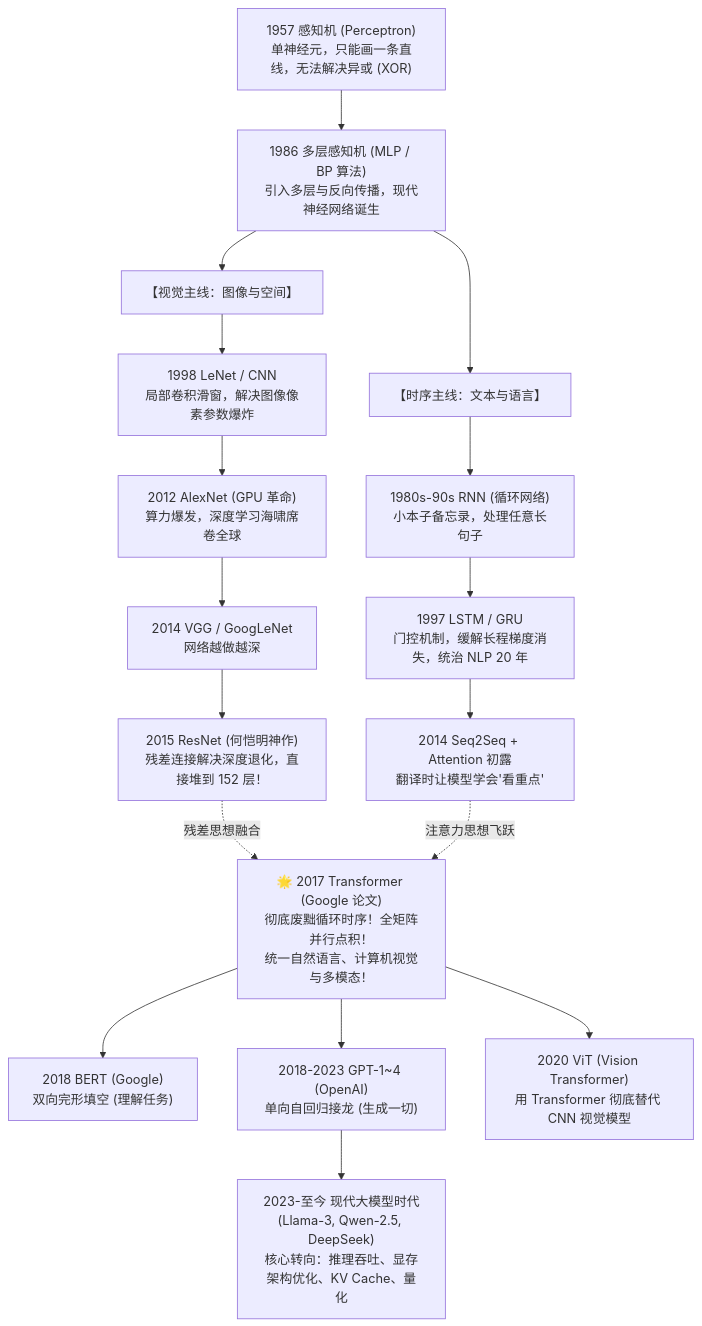
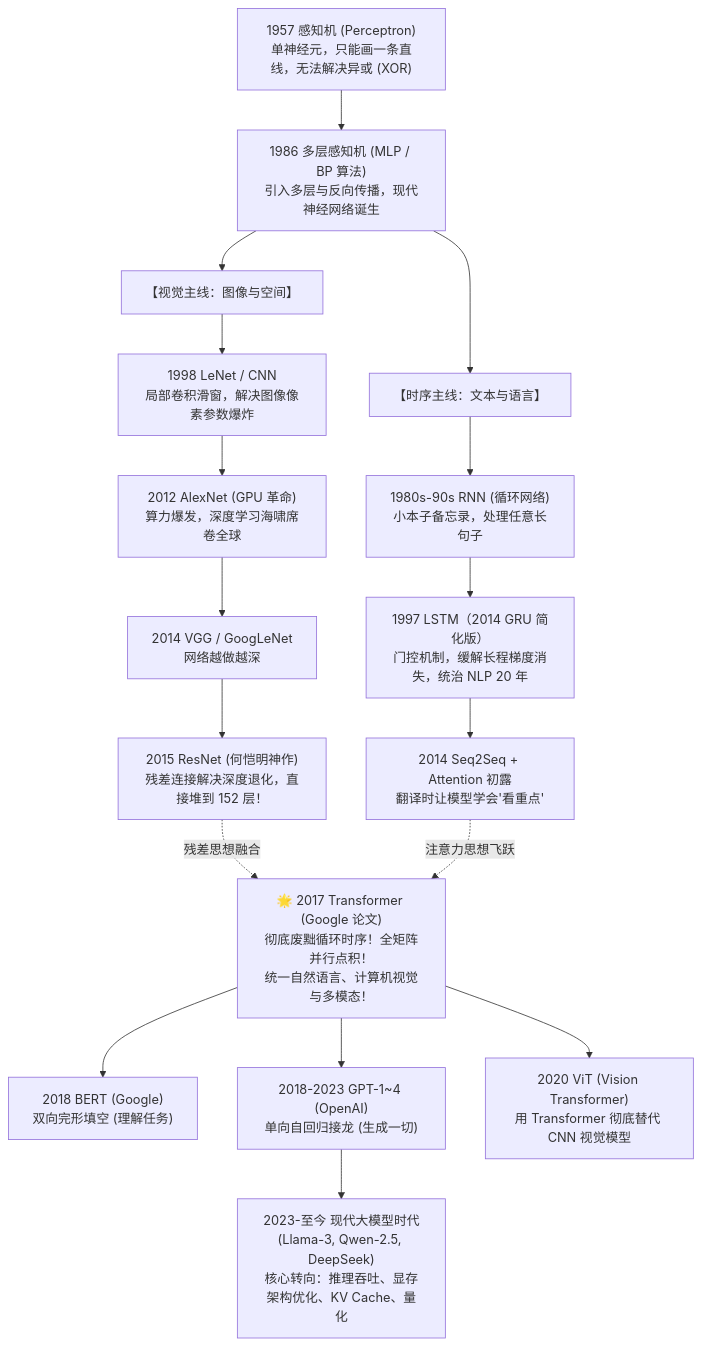
Before and after one commit to AICCer1/llm-inference: the diagram in zero_to_hero_tutorial/00_AI演化全景族谱与零基础入门指南.md, drawn with Mermaid. The commit also changed other lines of this file and 68 other files, not shown here.

````diff
--- a/zero_to_hero_tutorial/00_AI演化全景族谱与零基础入门指南.md
+++ b/zero_to_hero_tutorial/00_AI演化全景族谱与零基础入门指南.md
@@ -11,27 +11,27 @@
 ```mermaid
 flowchart TD
     P["1957 感知机 (Perceptron)<br/>单神经元，只能画一条直线，无法解决异或 (XOR)"] --> MLP["1986 多层感知机 (MLP / BP 算法)<br/>引入多层与反向传播，现代神经网络诞生"]
     
     MLP --> VisionLine["【视觉主线：图像与空间】"]
     MLP --> NLPLine["【时序主线：文本与语言】"]
     
     VisionLine --> CNN["1998 LeNet / CNN<br/>局部卷积滑窗，解决图像像素参数爆炸"]
     CNN --> AlexNet["2012 AlexNet (GPU 革命)<br/>算力爆发，深度学习海啸席卷全球"]
     AlexNet --> VGG["2014 VGG / GoogLeNet<br/>网络越做越深"]
     VGG --> ResNet["2015 ResNet (何恺明神作)<br/>残差连接解决深度退化，直接堆到 152 层！"]
     
     NLPLine --> RNN["1980s-90s RNN (循环网络)<br/>小本子备忘录，处理任意长句子"]
-    RNN --> LSTM["1997 LSTM / GRU<br/>门控机制，缓解长程梯度消失，统治 NLP 20 年"]
+    RNN --> LSTM["1997 LSTM（2014 GRU 简化版）<br/>门控机制，缓解长程梯度消失，统治 NLP 20 年"]
     LSTM --> Seq2Seq["2014 Seq2Seq + Attention 初露<br/>翻译时让模型学会'看重点'"]
     
     ResNet -.->|残差思想融合| Transformer
     Seq2Seq -.->|注意力思想飞跃| Transformer
     
     Transformer["🌟 2017 Transformer (Google 论文)<br/>彻底废黜循环时序！全矩阵并行点积！<br/>统一自然语言、计算机视觉与多模态！"]
     
     Transformer --> BERT["2018 BERT (Google)<br/>双向完形填空 (理解任务)"]
     Transformer --> GPT["2018-2023 GPT-1~4 (OpenAI)<br/>单向自回归接龙 (生成一切)"]
     Transformer --> ViT["2020 ViT (Vision Transformer)<br/>用 Transformer 彻底替代 CNN 视觉模型"]
     
     GPT --> LLMEra["2023-至今 现代大模型时代<br/>(Llama-3, Qwen-2.5, DeepSeek)<br/>核心转向：推理吞吐、显存架构优化、KV Cache、量化"]
 ```
````
